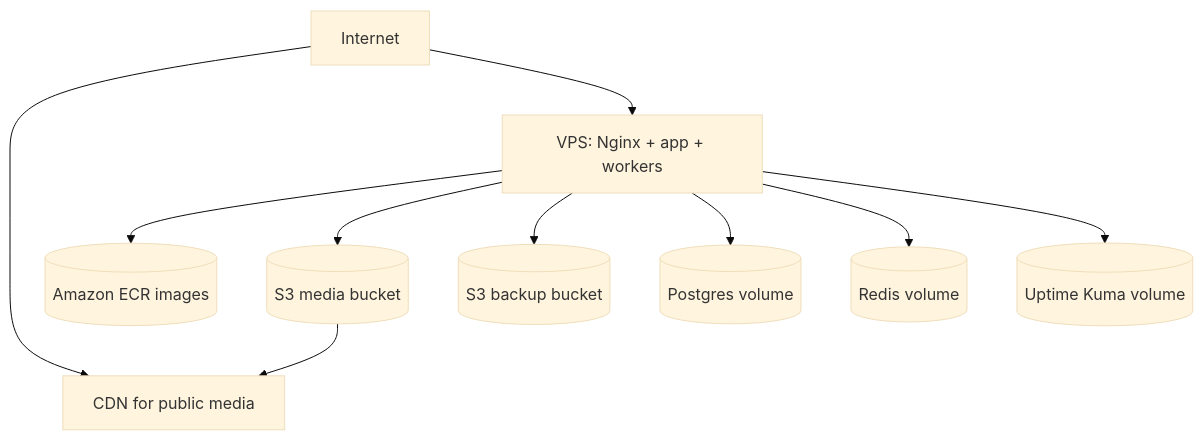
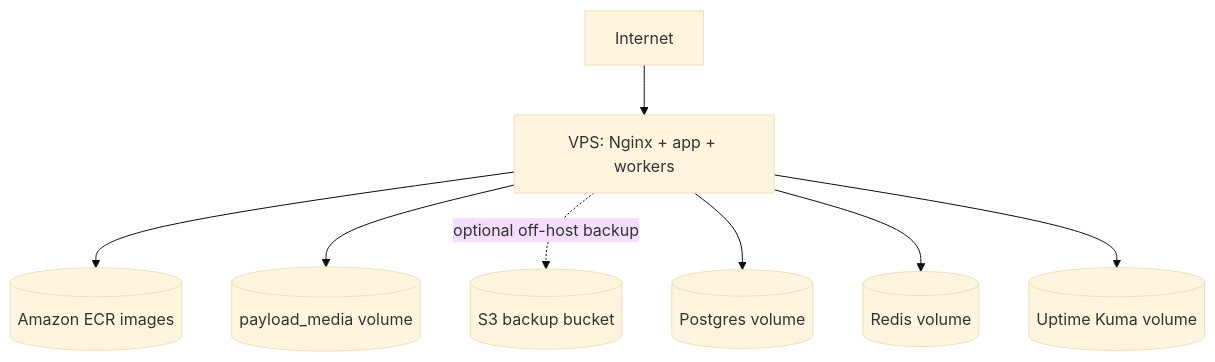
Before and after one commit to paviliondd/lu-new: the diagram in docs/aws-production-topology.md, drawn with Mermaid (base theme). The commit also changed other lines of this file and 23 other files, not shown here.

````diff
--- a/docs/aws-production-topology.md
+++ b/docs/aws-production-topology.md
@@ -3,12 +3,10 @@
 ```mermaid
 flowchart TB
-  Internet --> CDN[CDN for public media]
   Internet --> VPS[VPS: Nginx + app + workers]
   VPS --> ECR[(Amazon ECR images)]
-  VPS --> Media[(S3 media bucket)]
-  VPS --> Backup[(S3 backup bucket)]
+  VPS --> Media[(payload_media volume)]
+  VPS -. optional off-host backup .-> Backup[(S3 backup bucket)]
   VPS --> DB[(Postgres volume)]
   VPS --> Cache[(Redis volume)]
   VPS --> Kuma[(Uptime Kuma volume)]
-  Media --> CDN
 ```
````
